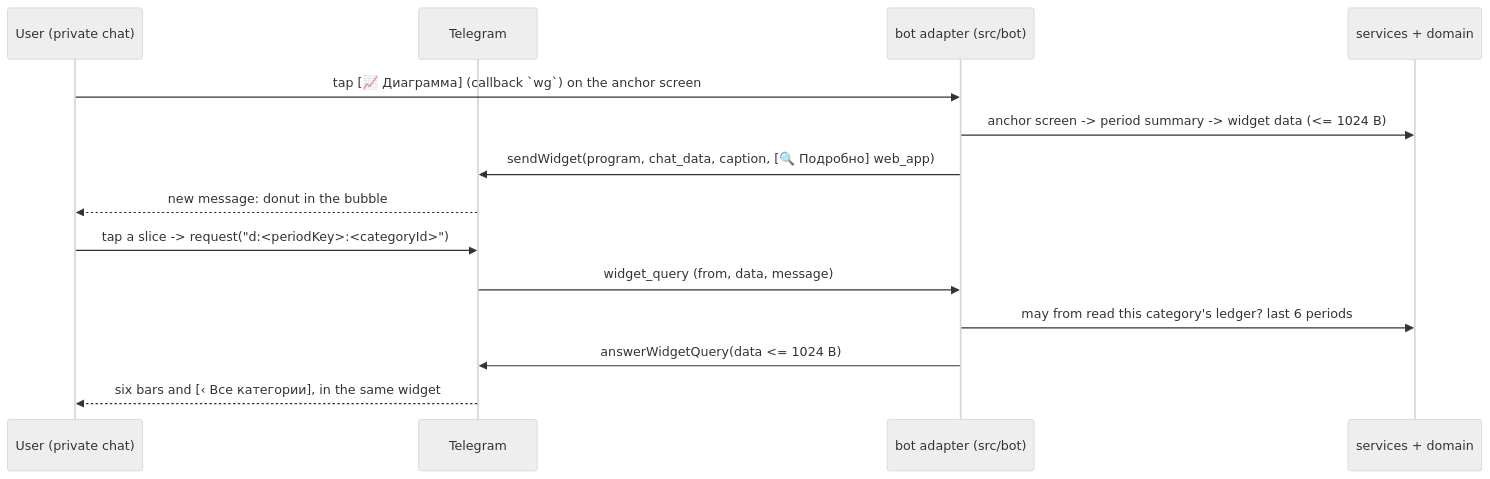
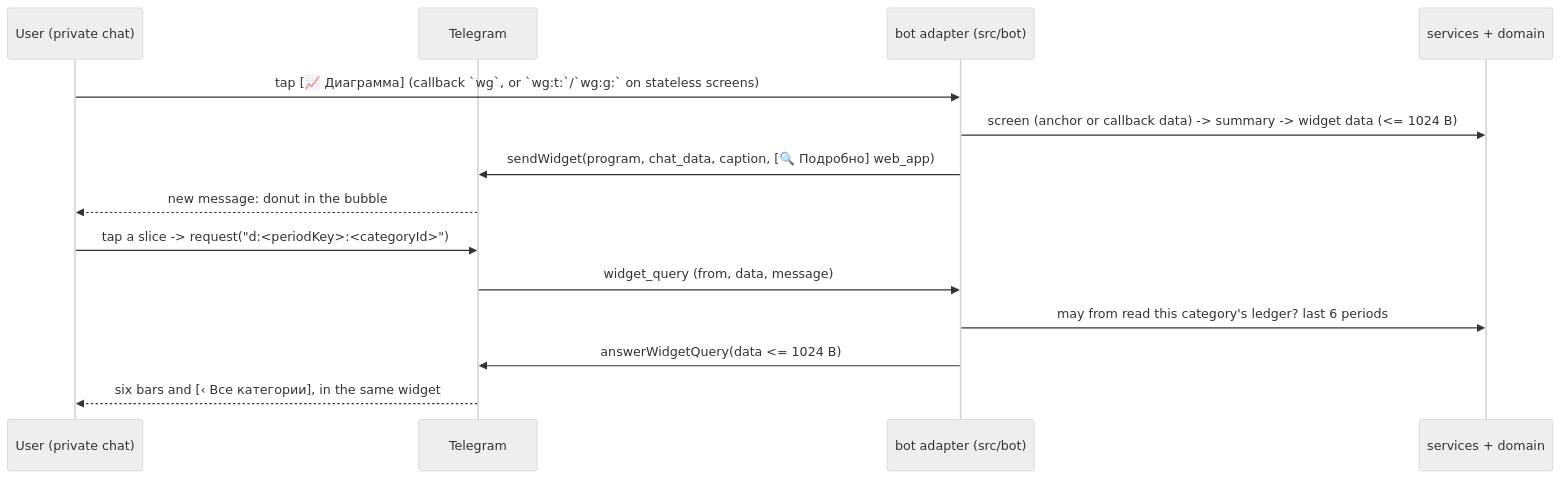
One commit to IgorKonovalov/personal_expenses_bot changed the diagram in docs/plans/0052-in-chat-chart-widgets.md. Above: the diagram before and after it, drawn with Mermaid (neutral theme). The commit also changed other lines of this file, not shown here.

````diff
--- a/docs/plans/0052-in-chat-chart-widgets.md
+++ b/docs/plans/0052-in-chat-chart-widgets.md
@@ -55,16 +55,16 @@
 ```mermaid
 sequenceDiagram
     participant U as User (private chat)
     participant T as Telegram
     participant B as bot adapter (src/bot)
     participant S as services + domain
-    U->>B: tap [📈 Диаграмма] (callback `wg`) on the anchor screen
-    B->>S: anchor screen -> period summary -> widget data (<= 1024 B)
+    U->>B: tap [📈 Диаграмма] (callback `wg`, or `wg:t:`/`wg:g:` on stateless screens)
+    B->>S: screen (anchor or callback data) -> summary -> widget data (<= 1024 B)
     B->>T: sendWidget(program, chat_data, caption, [🔍 Подробно] web_app)
     T-->>U: new message: donut in the bubble
     U->>T: tap a slice -> request("d:<periodKey>:<categoryId>")
     T->>B: widget_query (from, data, message)
     B->>S: may from read this category's ledger? last 6 periods
     B->>T: answerWidgetQuery(data <= 1024 B)
     T-->>U: six bars and [‹ Все категории], in the same widget
 ```
````
